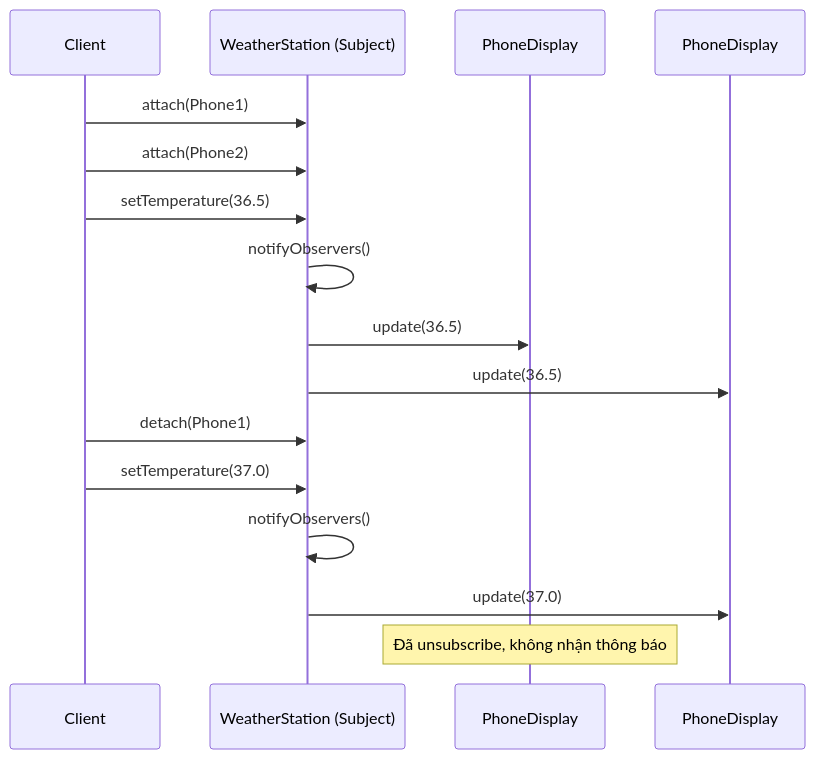
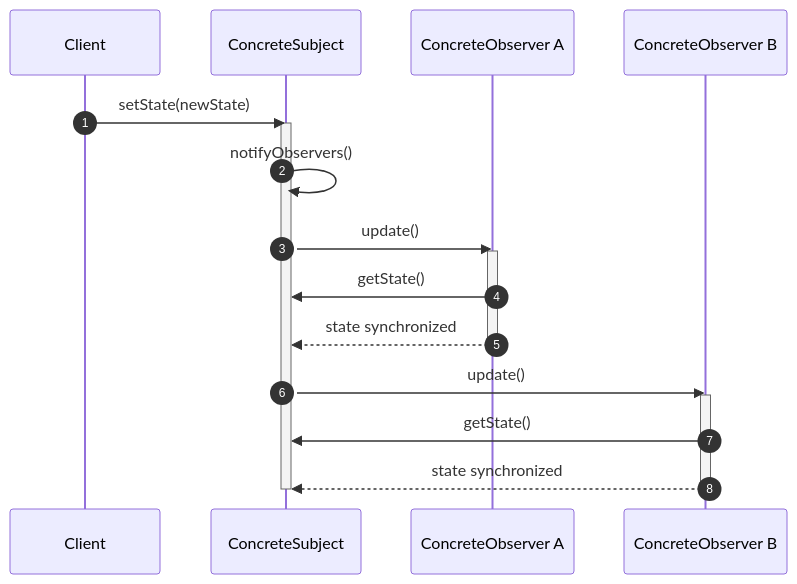
The third of 5 diagrams in release/design_patterns/behavioral/observer.md (MaiTheHao/docs), drawn with Mermaid before and after one commit. The commit also changed other lines of this file and 9 other files, not shown here.

````diff
--- a/release/design_patterns/behavioral/observer.md
+++ b/release/design_patterns/behavioral/observer.md
@@ -63,20 +103,27 @@
 ```mermaid
 sequenceDiagram
-    participant Client
-    participant WeatherStation as WeatherStation (Subject)
-    participant Phone1 as PhoneDisplay #1
-    participant Phone2 as PhoneDisplay #2
+    accTitle: "Luồng tương tác cập nhật giữa Subject và Observer"
+    accDescr: "Quy trình từ lúc Client cập nhật trạng thái Subject đến khi các Observer nhận được thông báo và đồng bộ"
+    autonumber
+    participant client as Client
+    participant subject as ConcreteSubject
+    participant firstObserver as ConcreteObserver A
+    participant secondObserver as ConcreteObserver B
 
-    Client->>WeatherStation: attach(Phone1)
-    Client->>WeatherStation: attach(Phone2)
-    Client->>WeatherStation: setTemperature(36.5)
-    WeatherStation->>WeatherStation: notifyObservers()
-    WeatherStation->>Phone1: update(36.5)
-    WeatherStation->>Phone2: update(36.5)
+    client->>subject: setState(newState)
+    activate subject
+    subject->>subject: notifyObservers()
+    
+    subject->>firstObserver: update()
+    activate firstObserver
+    firstObserver->>subject: getState()
+    firstObserver-->>subject: state synchronized
+    deactivate firstObserver
 
-    Client->>WeatherStation: detach(Phone1)
-    Client->>WeatherStation: setTemperature(37.0)
-    WeatherStation->>WeatherStation: notifyObservers()
-    WeatherStation->>Phone2: update(37.0)
-    Note over Phone1: Đã unsubscribe, không nhận thông báo
+    subject->>secondObserver: update()
+    activate secondObserver
+    secondObserver->>subject: getState()
+    secondObserver-->>subject: state synchronized
+    deactivate secondObserver
+    deactivate subject
 ```
````
